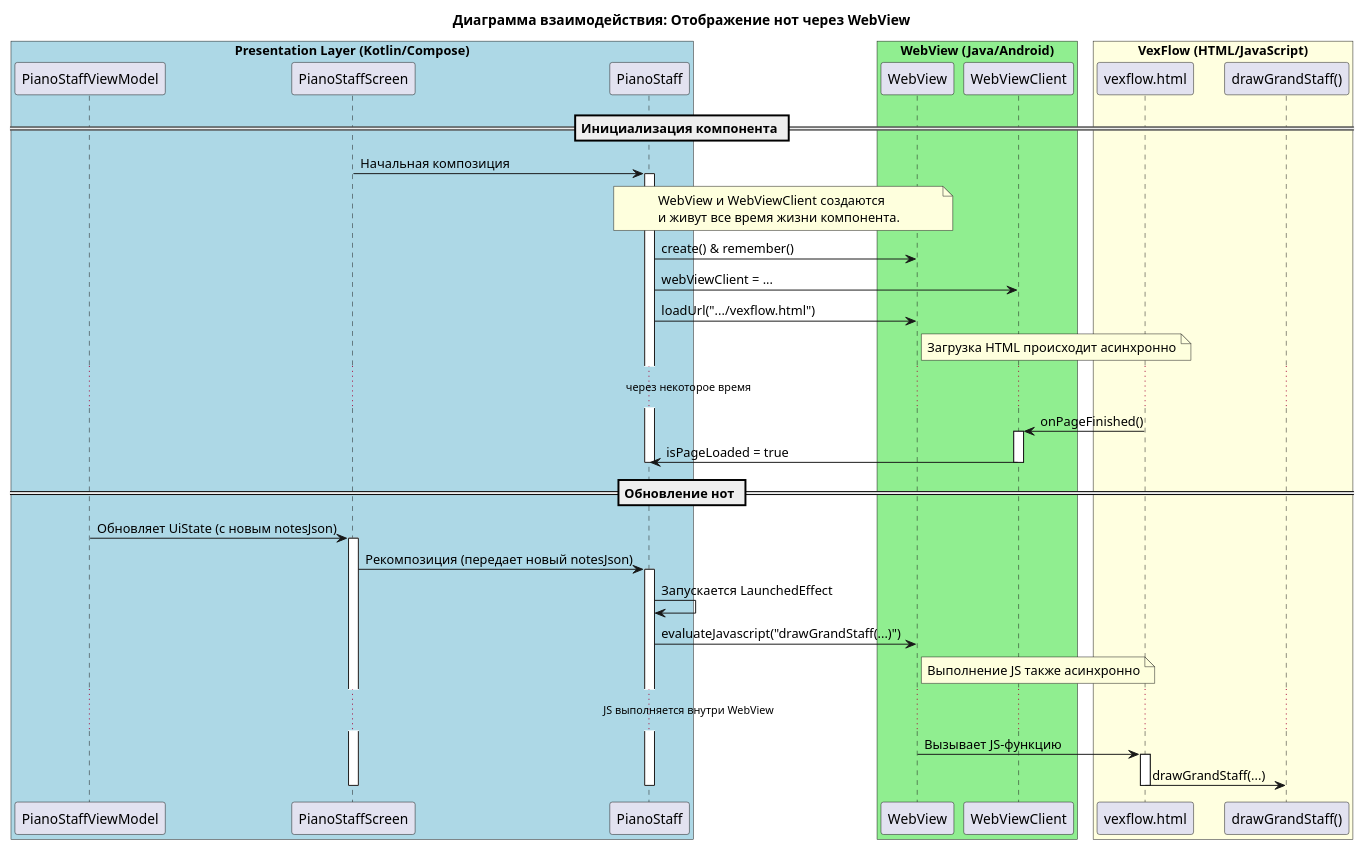
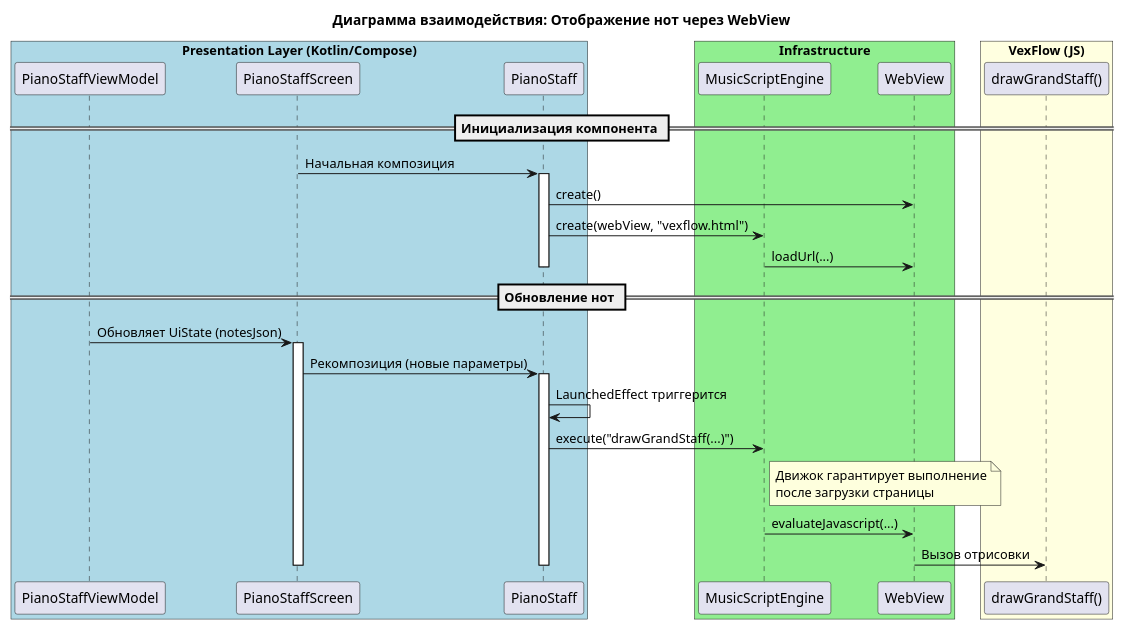
The ninth of 9 diagrams in docs/ru/ts/MIDI_MESSAGE_PROCESSING.md (astrizhachuk/PianoFlow), drawn with PlantUML before and after one commit. The commit also changed other lines of this file and 47 other files, not shown here.

````diff
--- a/docs/ru/ts/MIDI_MESSAGE_PROCESSING.md
+++ b/docs/ru/ts/MIDI_MESSAGE_PROCESSING.md
@@ -426,66 +535,51 @@
 ```plantuml
 @startuml
 title Диаграмма взаимодействия: Отображение нот через WebView
 
 box "Presentation Layer (Kotlin/Compose)" #LightBlue
     participant "PianoStaffViewModel" as VM
     participant "PianoStaffScreen" as Screen
     participant "PianoStaff" as StaffComposable
 end box
 
-box "WebView (Java/Android)" #LightGreen
+box "Infrastructure" #LightGreen
+    participant "MusicScriptEngine" as Engine
     participant "WebView" as WebView
-    participant "WebViewClient" as WebViewClient
 end box
 
-box "VexFlow (HTML/JavaScript)" #LightYellow
-    participant "vexflow.html" as HtmlPage
+box "VexFlow (JS)" #LightYellow
     participant "drawGrandStaff()" as DrawJsFunc
 end box
 
 == Инициализация компонента ==
 
 Screen -> StaffComposable : Начальная композиция
 activate StaffComposable
 
-note over StaffComposable, WebView: WebView и WebViewClient создаются\nи живут все время жизни компонента.
-
-StaffComposable -> WebView : create() & remember()
-StaffComposable -> WebViewClient : webViewClient = ...
-StaffComposable -> WebView : loadUrl(".../vexflow.html")
-
-note right of WebView: Загрузка HTML происходит асинхронно
-
-... через некоторое время ...
-
-HtmlPage -> WebViewClient : onPageFinished()
-activate WebViewClient
-WebViewClient -> StaffComposable : isPageLoaded = true
-deactivate WebViewClient
+StaffComposable -> WebView : create()
+StaffComposable -> Engine : create(webView, "vexflow.html")
+Engine -> WebView : loadUrl(...)
 
 deactivate StaffComposable
 
 == Обновление нот ==
 
-VM -> Screen : Обновляет UiState (с новым notesJson)
+VM -> Screen : Обновляет UiState (notesJson)
 activate Screen
 
-Screen -> StaffComposable : Рекомпозиция (передает новый notesJson)
+Screen -> StaffComposable : Рекомпозиция (новые параметры)
 activate StaffComposable
 
-StaffComposable -> StaffComposable : Запускается LaunchedEffect
-StaffComposable -> WebView : evaluateJavascript("drawGrandStaff(...)")
+StaffComposable -> StaffComposable : LaunchedEffect триггерится
+StaffComposable -> Engine : execute("drawGrandStaff(...)")
 
-note right of WebView: Выполнение JS также асинхронно
+note right of Engine: Движок гарантирует выполнение\nпосле загрузки страницы
 
-... JS выполняется внутри WebView ...
-WebView -> HtmlPage : Вызывает JS-функцию
-activate HtmlPage
-HtmlPage -> DrawJsFunc : drawGrandStaff(...)
-deactivate HtmlPage
+Engine -> WebView : evaluateJavascript(...)
+WebView -> DrawJsFunc : Вызов отрисовки
 
 deactivate StaffComposable
 deactivate Screen
 
 @enduml
 ```
````
